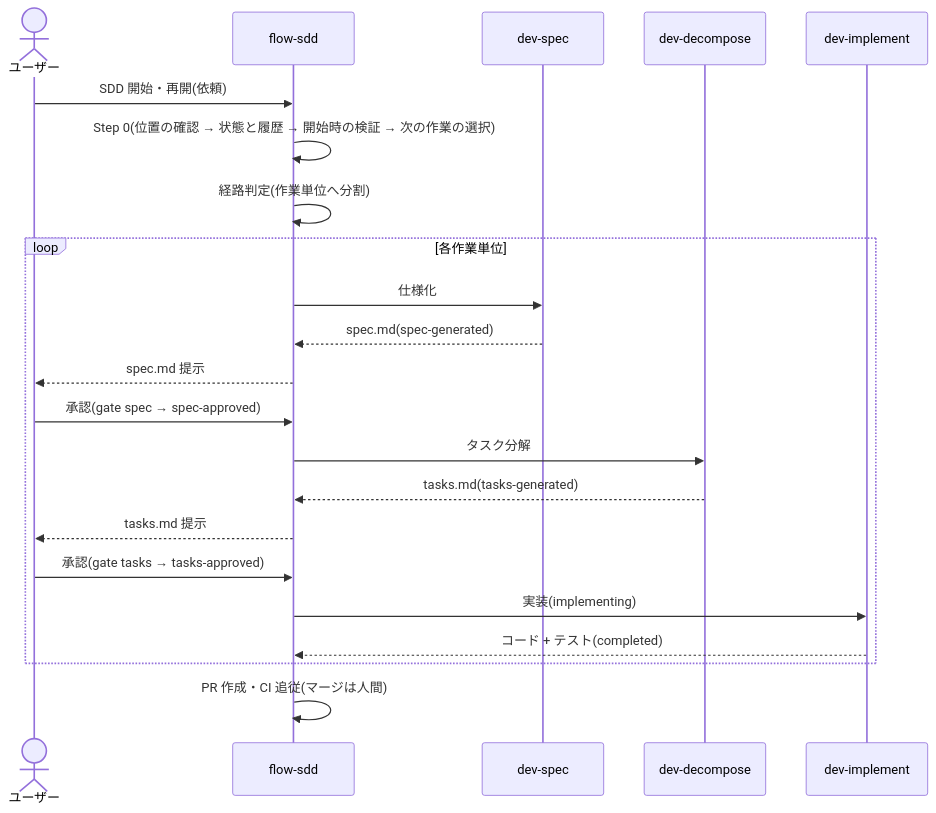
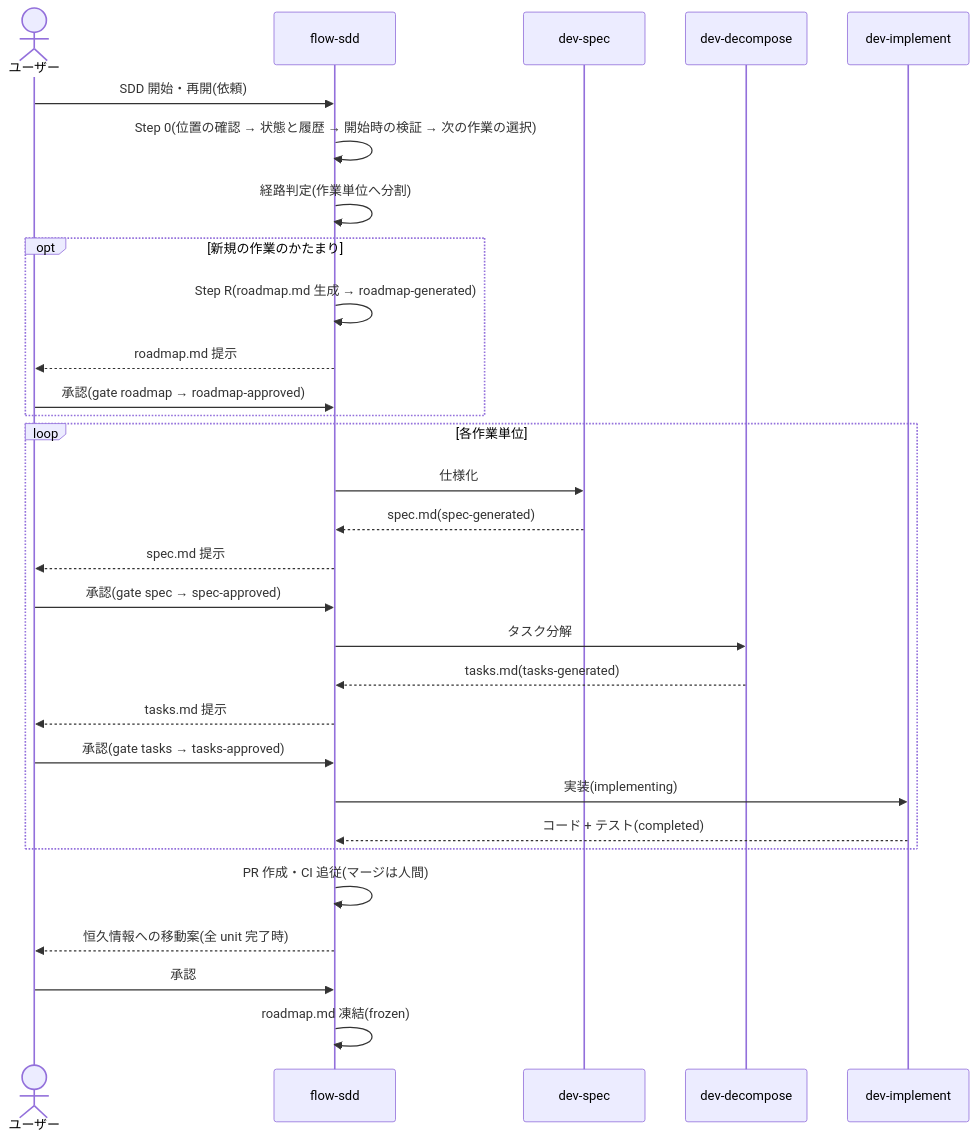
One commit to mosidas/dev-skills changed the third of 3 diagrams in .meta/DESIGN.md. Above: the diagram before and after it, drawn with Mermaid. The commit also changed other lines of this file and 14 other files, not shown here.

First line of the commit message:
feat: specs を roadmap ごとの 2 階層にし、roadmap.md を状態機械で凍結する

````diff
--- a/.meta/DESIGN.md
+++ b/.meta/DESIGN.md
@@ -142,24 +142,32 @@
 ```mermaid
 sequenceDiagram
     actor U as ユーザー
     participant F as flow-sdd
     participant S as dev-spec
     participant D as dev-decompose
     participant I as dev-implement
     U->>F: SDD 開始・再開(依頼)
     F->>F: Step 0(位置の確認 → 状態と履歴 → 開始時の検証 → 次の作業の選択)
     F->>F: 経路判定(作業単位へ分割)
+    opt 新規の作業のかたまり
+        F->>F: Step R(roadmap.md 生成 → roadmap-generated)
+        F-->>U: roadmap.md 提示
+        U->>F: 承認(gate roadmap → roadmap-approved)
+    end
     loop 各作業単位
         F->>S: 仕様化
         S-->>F: spec.md(spec-generated)
         F-->>U: spec.md 提示
         U->>F: 承認(gate spec → spec-approved)
         F->>D: タスク分解
         D-->>F: tasks.md(tasks-generated)
         F-->>U: tasks.md 提示
         U->>F: 承認(gate tasks → tasks-approved)
         F->>I: 実装(implementing)
         I-->>F: コード + テスト(completed)
     end
     F->>F: PR 作成・CI 追従(マージは人間)
+    F-->>U: 恒久情報への移動案(全 unit 完了時)
+    U->>F: 承認
+    F->>F: roadmap.md 凍結(frozen)
 ```
````
